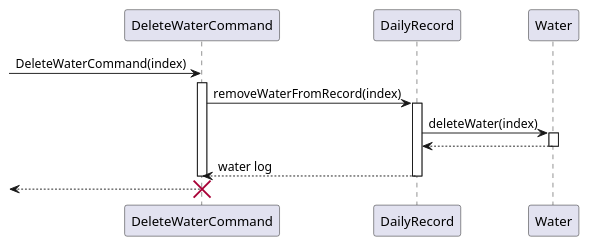
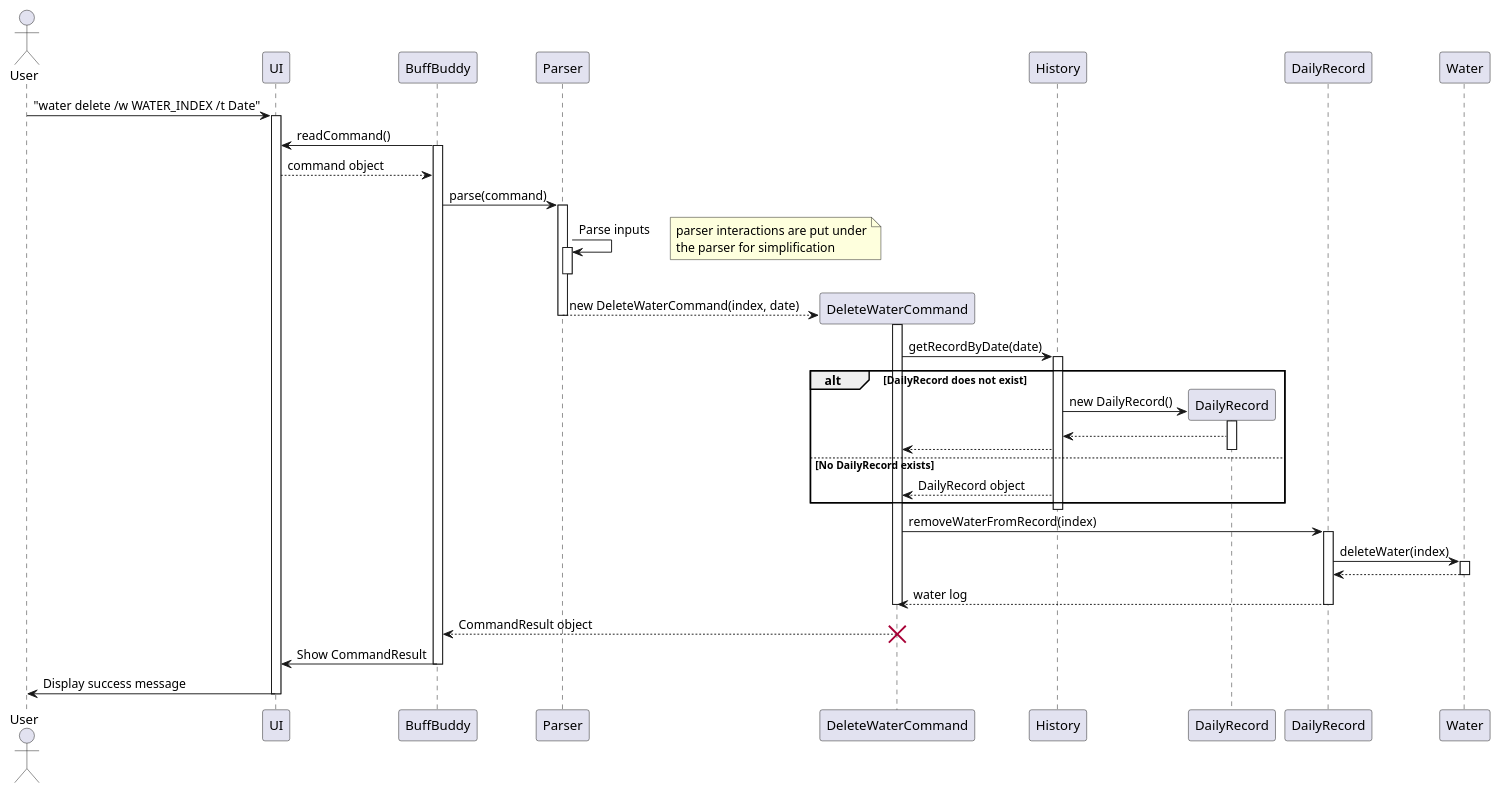
The diagram in docs/diagrams/deleteWaterSequenceDiagram.puml (nus-cs2113-AY2425S1/tp), drawn with PlantUML before and after one commit. The commit also changed 4 other files, not shown here.

Commit message:
Make full seq diagram for felete and view water

```diff
--- a/docs/diagrams/deleteWaterSequenceDiagram.puml
+++ b/docs/diagrams/deleteWaterSequenceDiagram.puml
@@ -1,24 +1,71 @@
 @startuml
 
-participant "DeleteWaterCommand" as DeleteCmd
+actor User
+participant "UI" as UI
+participant "BuffBuddy" as BB
+participant "Parser" as Parser
+participant "DeleteWaterCommand" as Cmd
+participant "History" as History
 participant "DailyRecord" as DailyRec
 
-create DeleteCmd
--> DeleteCmd : DeleteWaterCommand(index)
-activate DeleteCmd
-DeleteCmd -> DailyRec: removeWaterFromRecord(index)
-activate DailyRec
+User -> UI: "water delete /w WATER_INDEX /t Date"
+activate UI
+BB -> UI: readCommand()
+activate BB
+UI --> BB: command object
+BB -> Parser: parse(command)
+activate Parser
+Parser -> Parser : Parse inputs
+note right
+parser interactions are put under
+the parser for simplification
+end note
+activate Parser
+deactivate Parser
+create Cmd
+Parser --> Cmd: new DeleteWaterCommand(index, date)
+deactivate Parser
 
-DailyRec -> Water: deleteWater(index)
+activate Cmd
+
+Cmd -> History: getRecordByDate(date)
+activate History
+
+alt DailyRecord does not exist
+  create DailyRec
+  History -> DailyRec: new DailyRecord()
+  activate DailyRec
+  DailyRec --> History
+  History --> Cmd
+  deactivate DailyRec
+else No DailyRecord exists
+  History --> Cmd: DailyRecord object
+end
+deactivate History
+
+activate Cmd
+Cmd -> DailyRecord: removeWaterFromRecord(index)
+activate DailyRecord
+
+DailyRecord -> Water: deleteWater(index)
 activate Water
-Water --> DailyRec
+Water --> DailyRecord
 deactivate Water
 
-DailyRec --> DeleteCmd: water log
-deactivate DailyRec
+DailyRecord --> Cmd: water log
+deactivate DailyRecord
 
-deactivate DeleteCmd
-<-- DeleteCmd :
-destroy DeleteCmd
+deactivate Cmd
+
+
+Cmd --> BB: CommandResult object
+deactivate Cmd
+destroy Cmd
+
+BB -> UI: Show CommandResult
+deactivate BB
+
+UI -> User: Display success message
+deactivate UI
 
 @enduml
```
